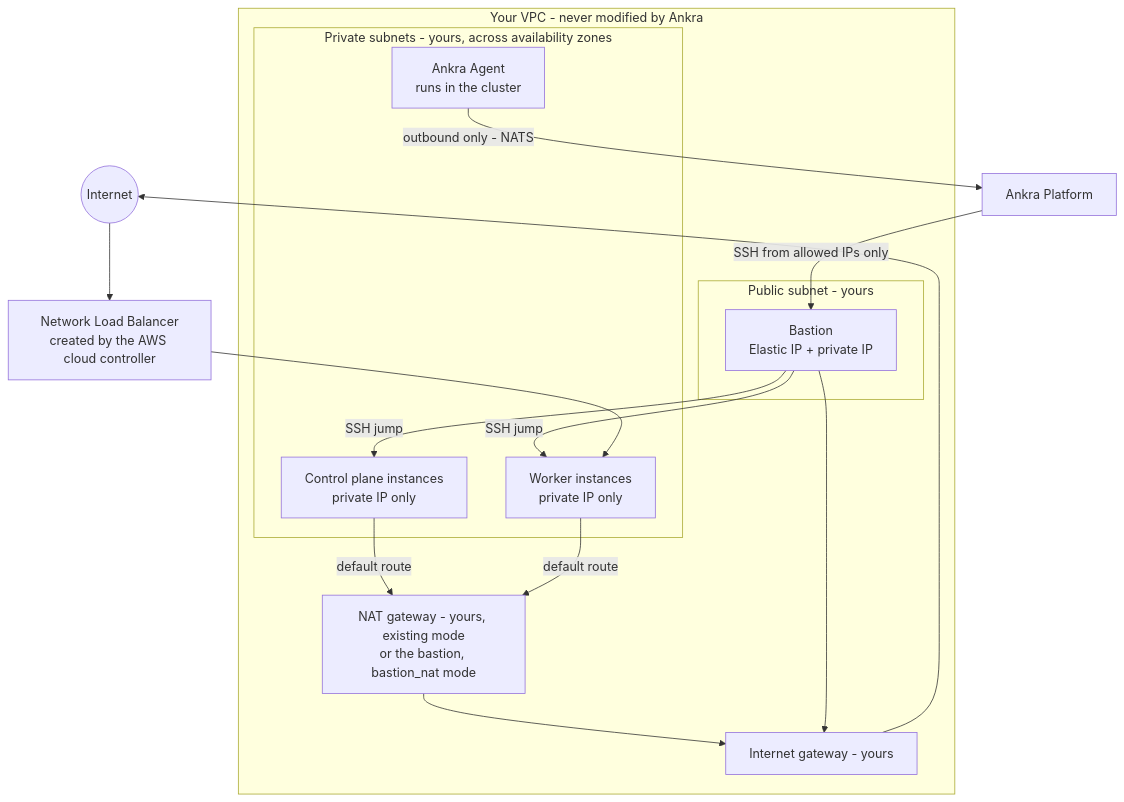
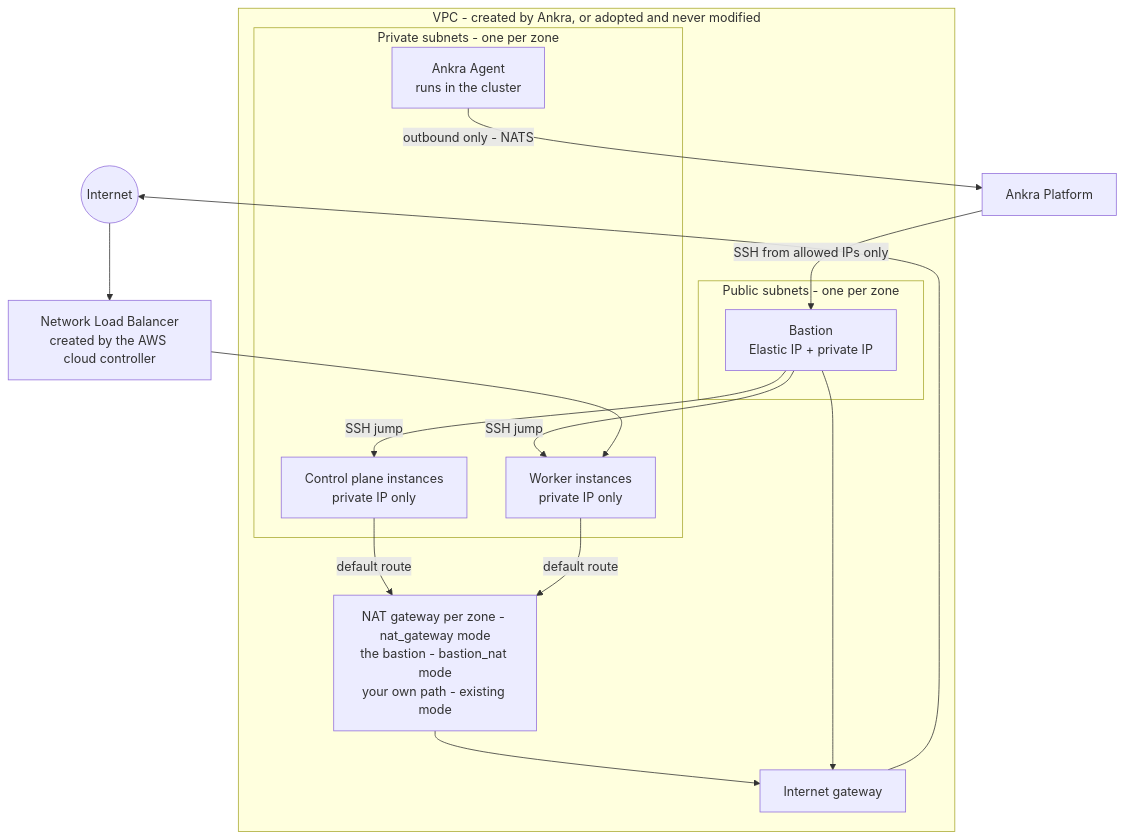
The diagram in guides/aws-clusters.mdx (ankraio/ankra-docs), drawn with Mermaid before and after one commit. The commit also changed other lines of this file and 4 other files, not shown here.

First line of the commit message:
docs(aws): Ankra creates the cluster network by default; adopted VPC as the alternative (ankra-rtpno.16, .18)

````diff
--- a/guides/aws-clusters.mdx
+++ b/guides/aws-clusters.mdx
@@ -482,32 +557,32 @@
 ```mermaid
 flowchart TB
     Internet((Internet))
     Platform[Ankra Platform]
 
-    subgraph VPC [Your VPC - never modified by Ankra]
-        subgraph Public [Public subnet - yours]
+    subgraph VPC [VPC - created by Ankra, or adopted and never modified]
+        subgraph Public [Public subnets - one per zone]
             Bastion[Bastion<br/>Elastic IP + private IP]
         end
-        subgraph Private [Private subnets - yours, across availability zones]
+        subgraph Private [Private subnets - one per zone]
             CP[Control plane instances<br/>private IP only]
             Workers[Worker instances<br/>private IP only]
             Agent[Ankra Agent<br/>runs in the cluster]
         end
-        IGW[Internet gateway - yours]
-        NAT[NAT gateway - yours, existing mode<br/>or the bastion, bastion_nat mode]
+        IGW[Internet gateway]
+        NAT[NAT gateway per zone - nat_gateway mode<br/>the bastion - bastion_nat mode<br/>your own path - existing mode]
     end
 
     NLB[Network Load Balancer<br/>created by the AWS cloud controller]
 
     Platform -->|SSH from allowed IPs only| Bastion
     Bastion -->|SSH jump| CP
     Bastion -->|SSH jump| Workers
     Agent -->|outbound only - NATS| Platform
     CP -->|default route| NAT
     Workers -->|default route| NAT
     NAT --> IGW
     Bastion --> IGW
     IGW --> Internet
     Internet --> NLB
     NLB --> Workers
 ```
````
